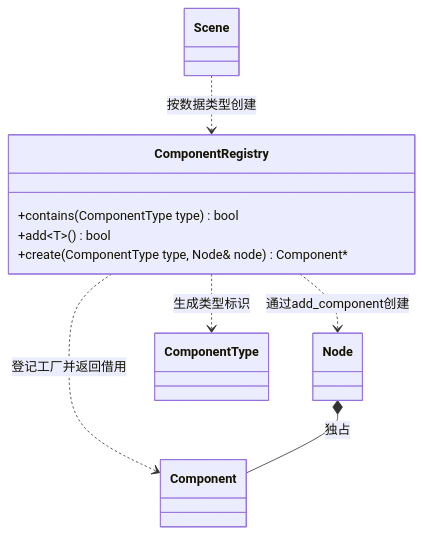
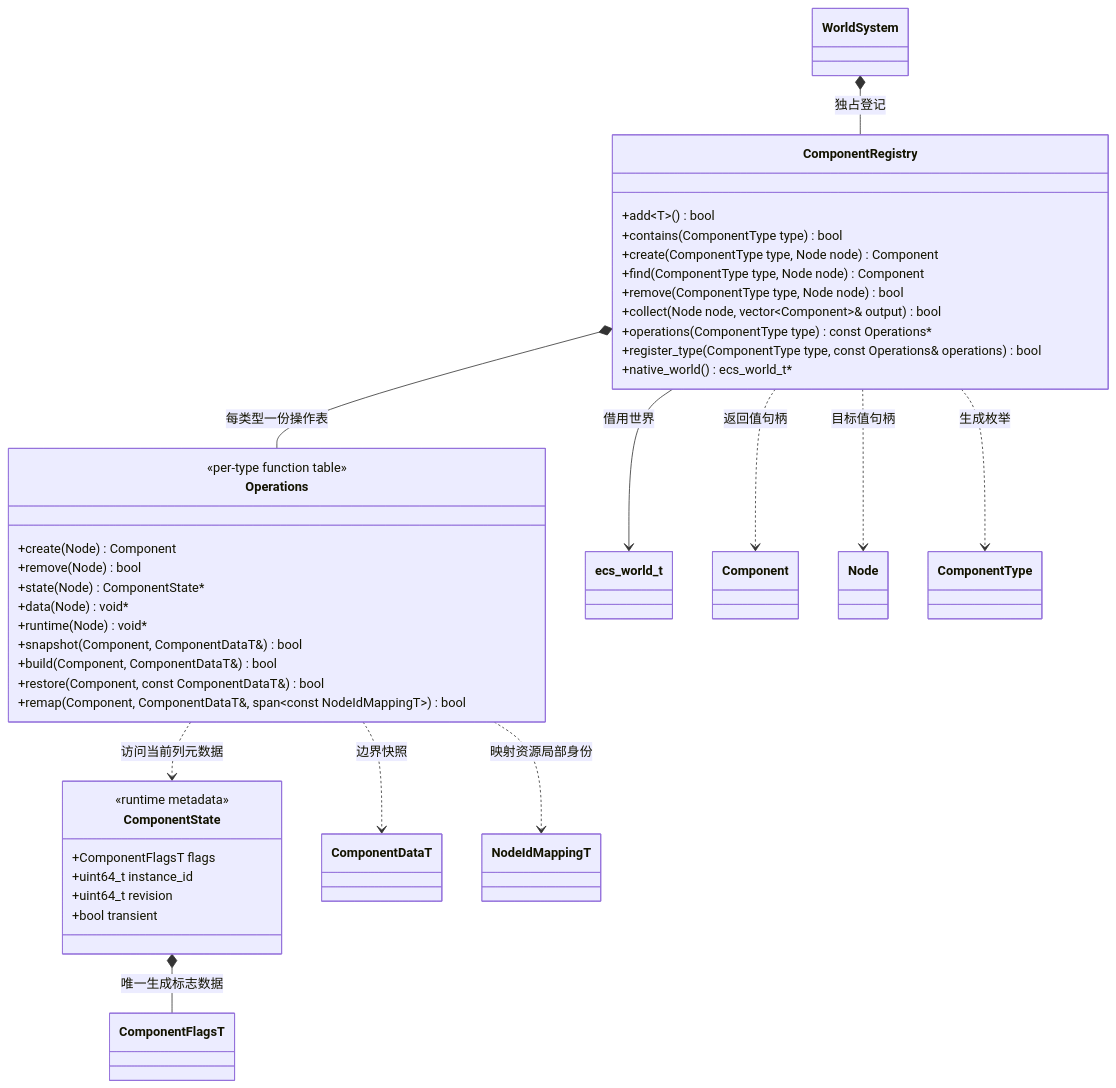
Before and after one commit to lcals/Engine: the diagram in docs/runtime/class-diagrams/component-registry.md, drawn with Mermaid. The commit also changed other lines of this file and 291 other files, not shown here.

Commit message:
Migrate scene data to ECS and add rendering quality controls

````diff
--- a/docs/runtime/class-diagrams/component-registry.md
+++ b/docs/runtime/class-diagrams/component-registry.md
@@ -5,17 +5,51 @@
 ```mermaid
 classDiagram
     class ComponentRegistry {
+        +add~T~() bool
         +contains(ComponentType type) bool
-        +add~T~() bool
-        +create(ComponentType type, Node& node) Component#42;
+        +create(ComponentType type, Node node) Component
+        +find(ComponentType type, Node node) Component
+        +remove(ComponentType type, Node node) bool
+        +collect(Node node, vector~Component~& output) bool
+        +operations(ComponentType type) const Operations#42;
+        +register_type(ComponentType type, const Operations& operations) bool
+        +native_world() ecs_world_t#42;
     }
+    class Operations {
+        <<per-type function table>>
+        +create(Node) Component
+        +remove(Node) bool
+        +state(Node) ComponentState#42;
+        +data(Node) void#42;
+        +runtime(Node) void#42;
+        +snapshot(Component, ComponentDataT&) bool
+        +build(Component, ComponentDataT&) bool
+        +restore(Component, const ComponentDataT&) bool
+        +remap(Component, ComponentDataT&, span~const NodeIdMappingT~) bool
+    }
+    class ComponentState {
+        <<runtime metadata>>
+        +ComponentFlagsT flags
+        +uint64_t instance_id
+        +uint64_t revision
+        +bool transient
+    }
+    class WorldSystem
+    class ecs_world_t
     class Component
     class Node
-    class Scene
     class ComponentType
-    ComponentRegistry ..> Component : 登记工厂并返回借用
-    ComponentRegistry ..> Node : 通过add_component创建
-    ComponentRegistry ..> ComponentType : 生成类型标识
-    Scene ..> ComponentRegistry : 按数据类型创建
-    Node *-- Component : 独占
+    class ComponentDataT
+    class NodeIdMappingT
+    class ComponentFlagsT
+    WorldSystem *-- ComponentRegistry : 独占登记
+    ComponentRegistry *-- Operations : 每类型一份操作表
+    ComponentRegistry --> ecs_world_t : 借用世界
+    ComponentRegistry ..> Node : 目标值句柄
+    ComponentRegistry ..> Component : 返回值句柄
+    ComponentRegistry ..> ComponentType : 生成枚举
+    Operations ..> ComponentState : 访问当前列元数据
+    Operations ..> ComponentDataT : 边界快照
+    Operations ..> NodeIdMappingT : 映射资源局部身份
+    ComponentState *-- ComponentFlagsT : 唯一生成标志数据
 ```
````
